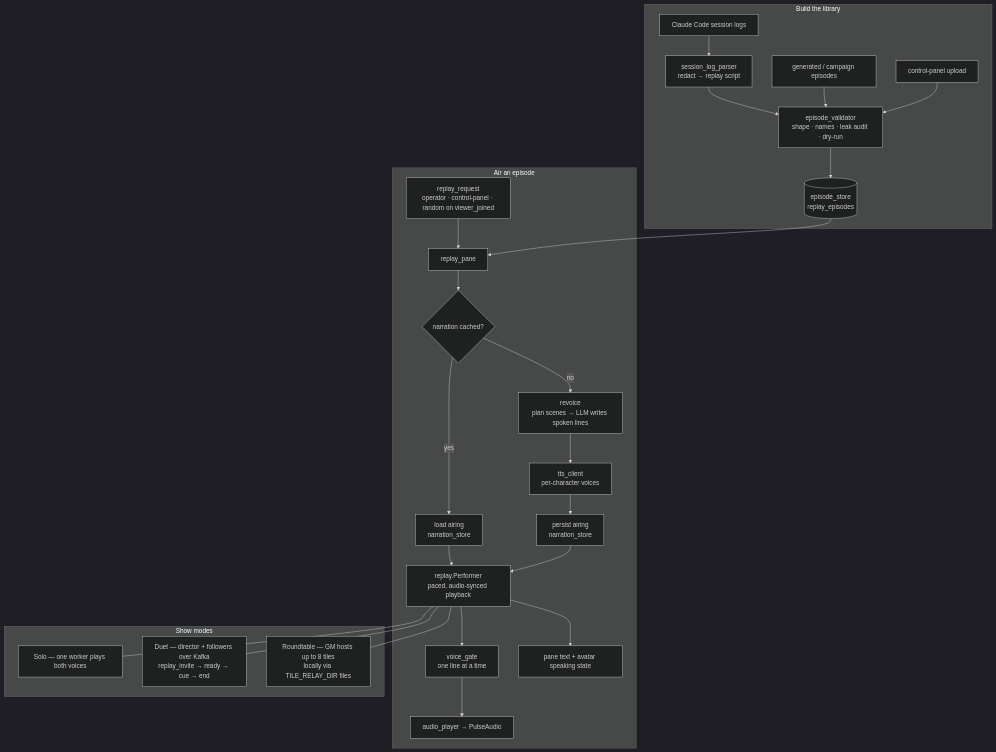
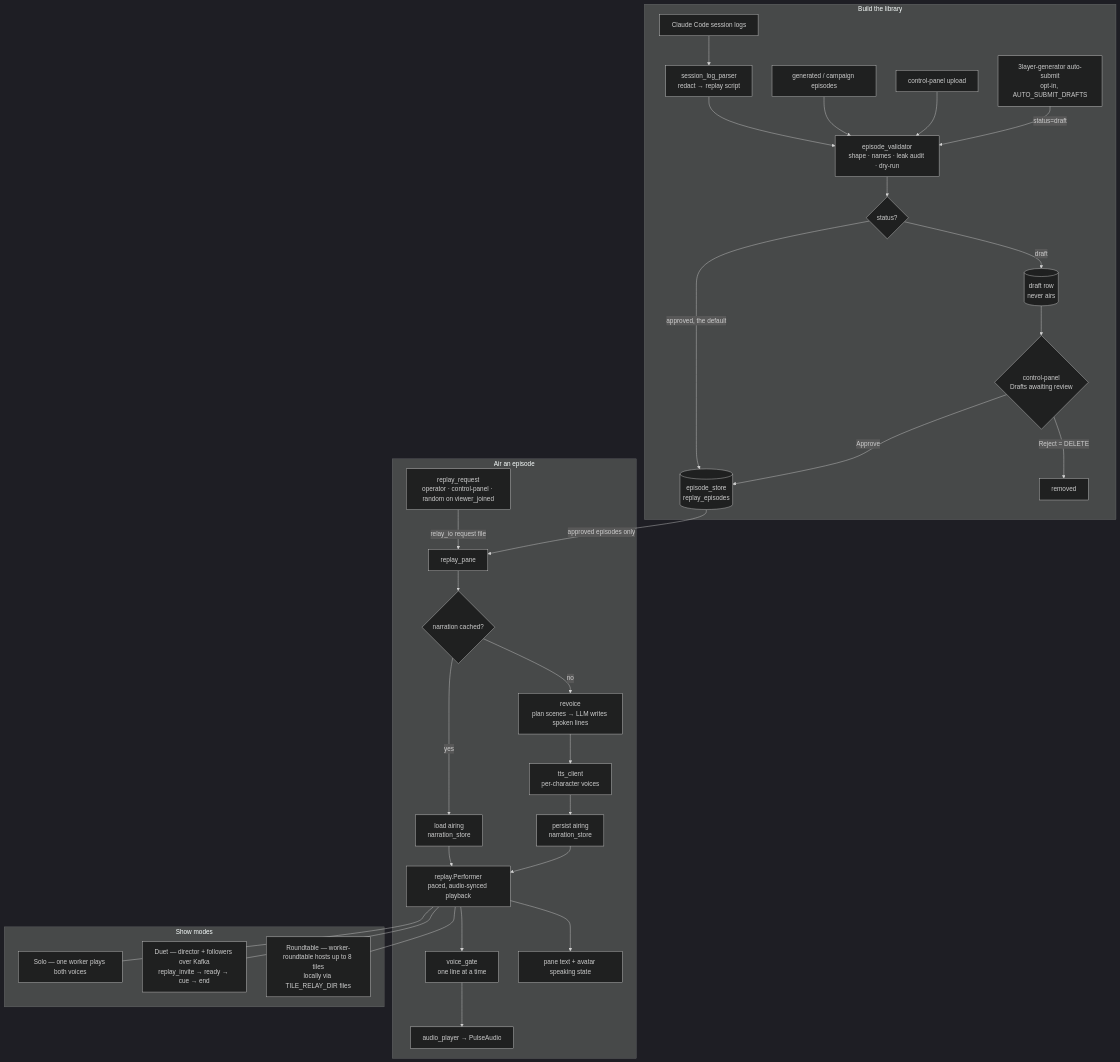
Before and after one commit to builderOfTheWorlds/virtualTubers: the third of 5 diagrams in docs/feature_flow_diagram.md, drawn with Mermaid (dark theme). The commit also changed other lines of this file and 28 other files, not shown here.

First line of the commit message:
docs: sync flow reference, diagrams, README and deploy docs to code

````diff
--- a/docs/feature_flow_diagram.md
+++ b/docs/feature_flow_diagram.md
@@ -166,34 +199,40 @@
 ```mermaid
 flowchart TB
     subgraph INGEST["Build the library"]
         LOGS["Claude Code session logs"] --> SLP["session_log_parser<br/>redact → replay script"]
         GENEP["generated / campaign episodes"]
         SLP --> VAL
         GENEP --> VAL
         UP["control-panel upload"] --> VAL
-        VAL["episode_validator<br/>shape · names · leak audit · dry-run"] --> ES[("episode_store<br/>replay_episodes")]
+        AUTO["3layer-generator auto-submit<br/>opt-in, AUTO_SUBMIT_DRAFTS"] -->|status=draft| VAL
+        VAL["episode_validator<br/>shape · names · leak audit · dry-run"] --> STATUS{"status?"}
+        STATUS -->|approved, the default| ES[("episode_store<br/>replay_episodes")]
+        STATUS -->|draft| DRAFT[("draft row<br/>never airs")]
+        DRAFT --> REVIEW{"control-panel<br/>Drafts awaiting review"}
+        REVIEW -->|Approve| ES
+        REVIEW -->|Reject = DELETE| GONE["removed"]
     end
 
     subgraph AIR["Air an episode"]
-        REQ["replay_request<br/>operator · control-panel · random on viewer_joined"] --> RP["replay_pane"]
-        ES --> RP
+        REQ["replay_request<br/>operator · control-panel · random on viewer_joined"] -->|relay_io request file| RP["replay_pane"]
+        ES -->|approved episodes only| RP
         RP --> CACHE{"narration cached?"}
         CACHE -->|yes| LOAD["load airing<br/>narration_store"]
         CACHE -->|no| REV["revoice<br/>plan scenes → LLM writes spoken lines"]
         REV --> TTS["tts_client<br/>per-character voices"] --> SAVE["persist airing<br/>narration_store"]
         LOAD --> PERF
         SAVE --> PERF
         PERF["replay.Performer<br/>paced, audio-synced playback"]
         PERF --> GATE["voice_gate<br/>one line at a time"] --> AUD["audio_player → PulseAudio"]
         PERF --> SCREEN["pane text + avatar speaking state"]
     end
 
     subgraph MODES["Show modes"]
         SOLO["Solo — one worker plays both voices"]
         DUET["Duet — director + followers over Kafka<br/>replay_invite → ready → cue → end"]
-        RT["Roundtable — GM hosts up to 8 tiles<br/>locally via TILE_RELAY_DIR files"]
+        RT["Roundtable — worker-roundtable hosts up to 8 tiles<br/>locally via TILE_RELAY_DIR files"]
     end
     PERF --- SOLO
     PERF --- DUET
     PERF --- RT
 ```
````
